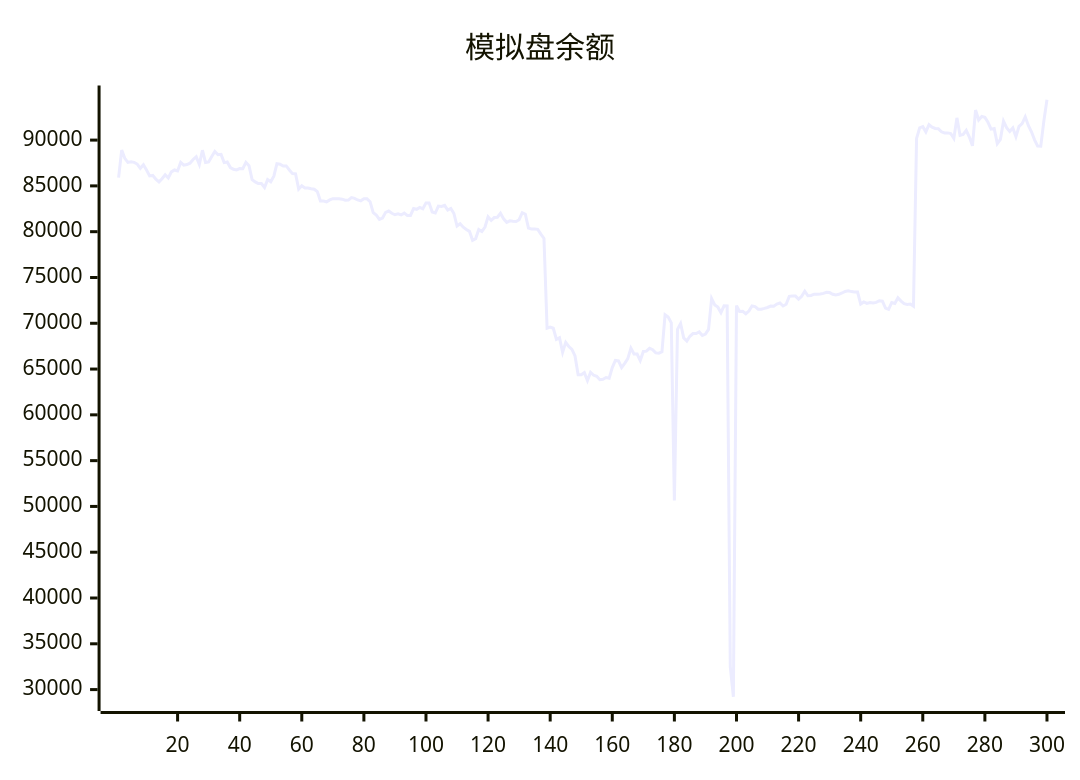
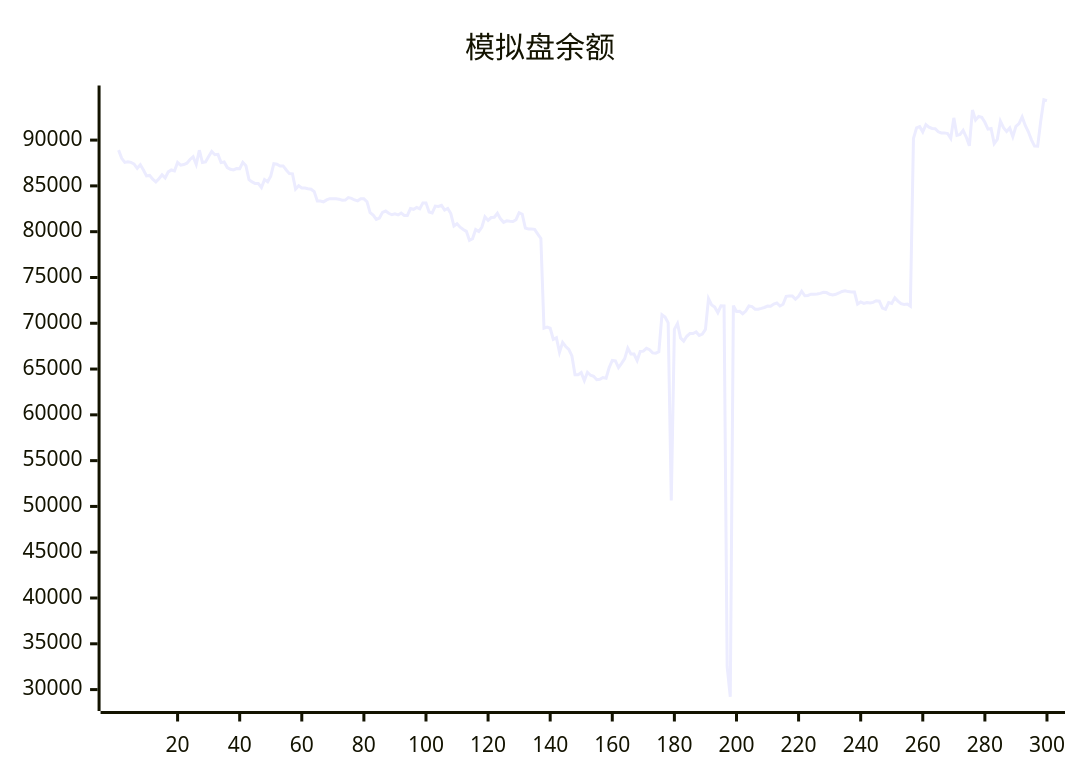
The diagram in README.md (aahl/ai-trading), drawn with Mermaid before and after one commit. The commit also changed other lines of this file and 1 other file, not shown here.

````diff
--- a/README.md
+++ b/README.md
@@ -5,5 +5,5 @@
 ```mermaid
 xychart
     title "模拟盘余额"
-    line [85894,88904,88012,87567,87625,87568,87386,86920,87313,86737,86094,86143,85725,85437,85787,86219,85859,86526,86740,86630,87563,87264,87335,87483,87886,88180,87335,88894,87544,87608,88207,88755,88401,88444,87543,87608,87000,86810,86740,86894,86884,87576,87209,85686,85435,85251,85255,84820,85689,85453,86066,87420,87373,87161,87178,86740,86341,86315,84643,85012,84772,84768,84690,84635,84376,83360,83357,83259,83474,83608,83606,83602,83548,83440,83454,83724,83644,83464,83365,83590,83592,83275,82072,81806,81344,81492,82109,82254,82006,81848,81955,81829,82022,81769,81776,82522,82441,82656,82498,83144,83144,82150,82038,82797,82763,82872,82367,82536,81981,80612,80862,80484,80242,80034,79063,79245,80226,80016,80507,81625,81233,81544,81578,82016,81401,81019,81186,81130,81118,81306,82066,81909,80392,80304,80291,80258,79729,79261,69466,69579,69456,68251,68415,66832,67911,67462,67144,66432,64380,64375,64606,63740,64647,64324,64216,63842,63877,64078,64008,65156,65945,65888,65157,65625,66144,67284,66653,66639,65924,66925,66956,67263,67108,66766,66729,66886,70927,70673,70049,50652,69334,69973,68400,68061,68578,68876,68879,69055,68662,68822,69329,72687,71999,71760,71162,71911,71896,32500,29218,71927,71297,71305,71044,71337,71883,71822,71536,71536,71622,71723,71880,71860,72100,72216,71887,72077,72940,72976,72966,72638,72948,73497,73004,73041,73173,73160,73186,73258,73375,73351,73173,73098,73161,73305,73474,73536,73457,73413,73412,72100,72333,72164,72272,72204,72285,72461,72421,71652,71521,72267,72157,72774,72424,72144,72060,72091,71858,90185,91338,91466,90900,91678,91404,91268,91244,90903,90779,90787,90721,90187,92429,90518,90619,91070,90328,89376,93286,92202,92581,92485,91947,91196,91259,89619,90086,92063,91355,90950,91327,90373,91498,91800,92531,91603,90910,90031,89351,89334,92097,94406]
+    line [88904,88012,87567,87625,87568,87386,86920,87313,86737,86094,86143,85725,85437,85787,86219,85859,86526,86740,86630,87563,87264,87335,87483,87886,88180,87335,88894,87544,87608,88207,88755,88401,88444,87543,87608,87000,86810,86740,86894,86884,87576,87209,85686,85435,85251,85255,84820,85689,85453,86066,87420,87373,87161,87178,86740,86341,86315,84643,85012,84772,84768,84690,84635,84376,83360,83357,83259,83474,83608,83606,83602,83548,83440,83454,83724,83644,83464,83365,83590,83592,83275,82072,81806,81344,81492,82109,82254,82006,81848,81955,81829,82022,81769,81776,82522,82441,82656,82498,83144,83144,82150,82038,82797,82763,82872,82367,82536,81981,80612,80862,80484,80242,80034,79063,79245,80226,80016,80507,81625,81233,81544,81578,82016,81401,81019,81186,81130,81118,81306,82066,81909,80392,80304,80291,80258,79729,79261,69466,69579,69456,68251,68415,66832,67911,67462,67144,66432,64380,64375,64606,63740,64647,64324,64216,63842,63877,64078,64008,65156,65945,65888,65157,65625,66144,67284,66653,66639,65924,66925,66956,67263,67108,66766,66729,66886,70927,70673,70049,50652,69334,69973,68400,68061,68578,68876,68879,69055,68662,68822,69329,72687,71999,71760,71162,71911,71896,32500,29218,71927,71297,71305,71044,71337,71883,71822,71536,71536,71622,71723,71880,71860,72100,72216,71887,72077,72940,72976,72966,72638,72948,73497,73004,73041,73173,73160,73186,73258,73375,73351,73173,73098,73161,73305,73474,73536,73457,73413,73412,72100,72333,72164,72272,72204,72285,72461,72421,71652,71521,72267,72157,72774,72424,72144,72060,72091,71858,90185,91338,91466,90900,91678,91404,91268,91244,90903,90779,90787,90721,90187,92429,90518,90619,91070,90328,89376,93286,92202,92581,92485,91947,91196,91259,89619,90086,92063,91355,90950,91327,90373,91498,91800,92531,91603,90910,90031,89351,89334,92097,94406,94315]
 ```
````
